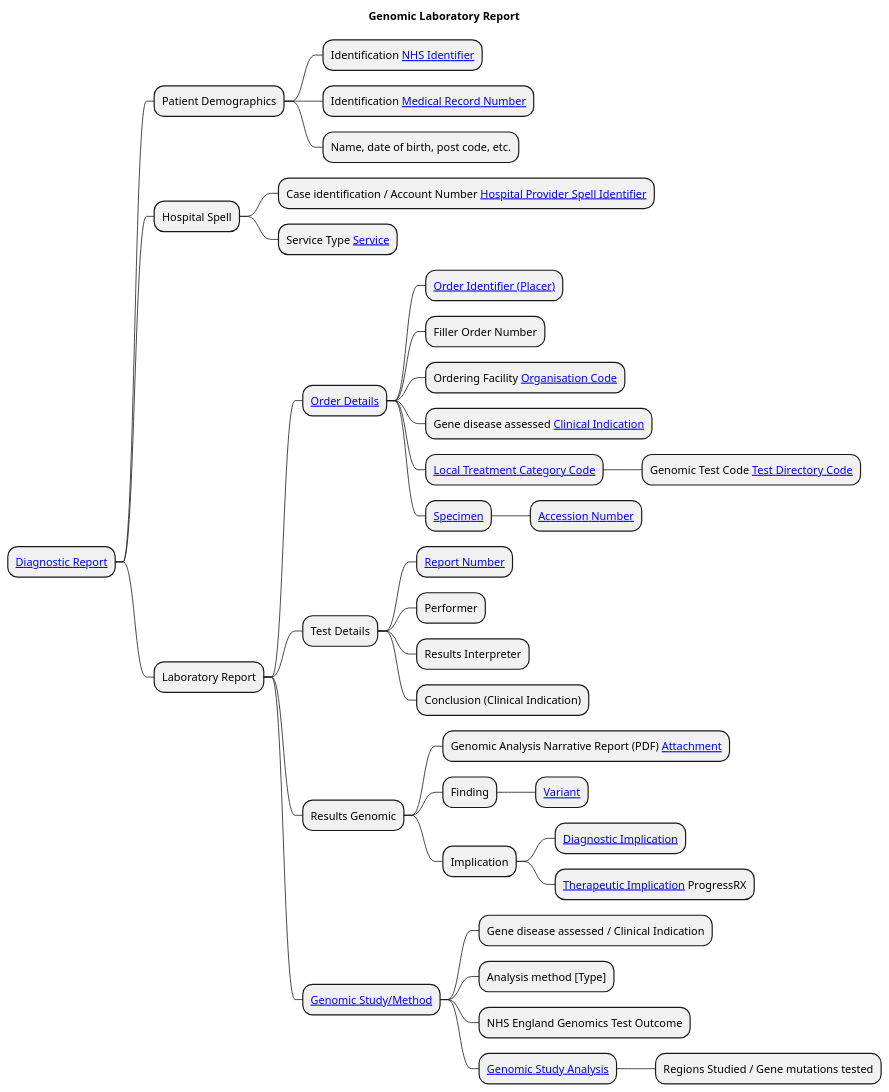
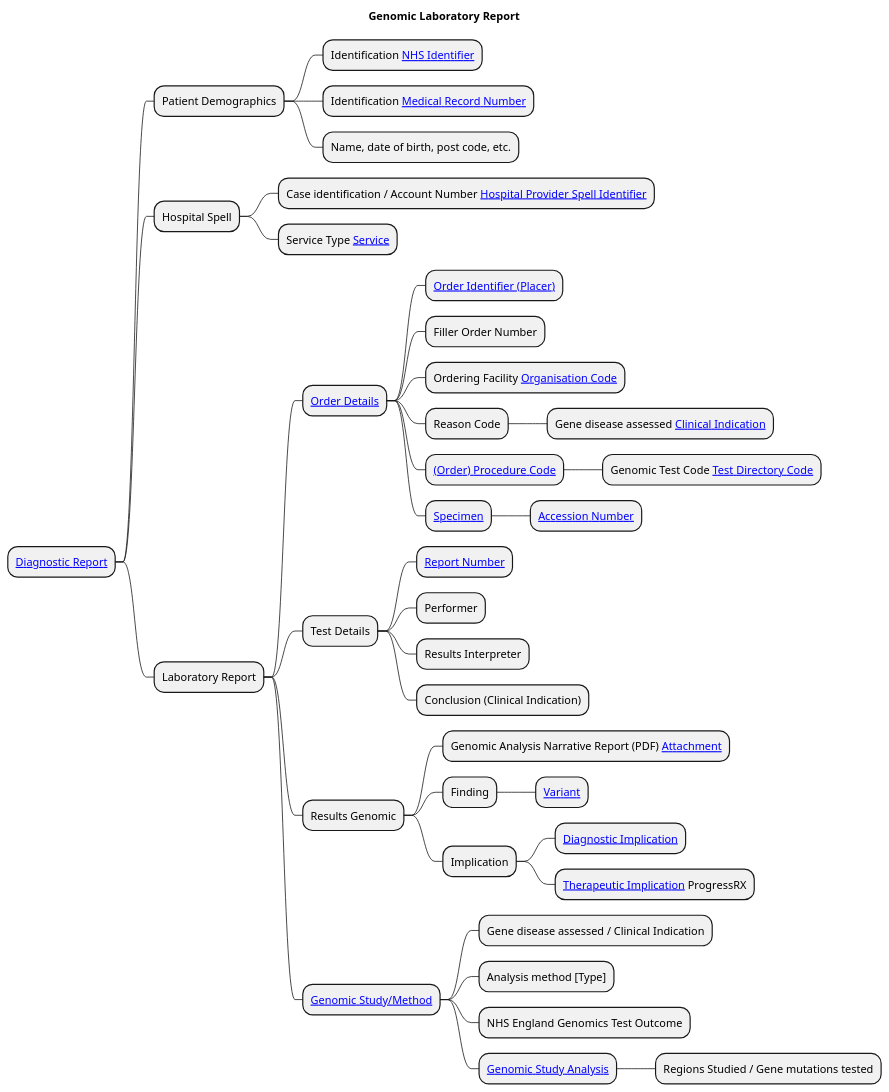
Before and after one commit to uk-gov-mirror/nw-gmsa.nw-gmsa.github.com: the diagram in input/images-source/LaboratoryReport-mindmap.plantuml, drawn with PlantUML. The commit also changed 4 other files, not shown here.

Commit message:
SPR comaptiable architecture?

```diff
--- a/input/images-source/LaboratoryReport-mindmap.plantuml
+++ b/input/images-source/LaboratoryReport-mindmap.plantuml
@@ -1,42 +1,43 @@
 @startmindmap
 
 title "Genomic Laboratory Report"
 
 * [[StructureDefinition-DiagnosticReport.html Diagnostic Report]]
 ** Patient Demographics
 *** Identification [[StructureDefinition-NHSIdentifier.html NHS Identifier]]
 *** Identification [[StructureDefinition-MedicalRecordNumber.html Medical Record Number]]
 *** Name, date of birth, post code, etc.
 ** Hospital Spell
 *** Case identification / Account Number [[StructureDefinition-HospitalProviderSpellIdentifier.html Hospital Provider Spell Identifier]]
 *** Service Type [[ValueSet-service.html Service]]
 ** Laboratory Report
 *** [[Questionnaire-GenomicTestOrder.html Order Details]]
 **** [[StructureDefinition-OrderIdentifier.html Order Identifier (Placer)]]
 **** Filler Order Number
 **** Ordering Facility [[StructureDefinition-OrganisationCode.html Organisation Code]]
-**** Gene disease assessed [[CodeSystem-GenomicClinicalIndication.html Clinical Indication]]
-**** [[https://www.datadictionary.nhs.uk/data_elements/local_treatment_category_code.html Local Treatment Category Code]]
+**** Reason Code
+***** Gene disease assessed [[CodeSystem-GenomicClinicalIndication.html Clinical Indication]]
+**** [[https://www.datadictionary.nhs.uk/data_elements/local_treatment_category_code.html (Order) Procedure Code]]
 ***** Genomic Test Code [[CodeSystem-GenomicTestCode.html Test Directory Code]]
 **** [[StructureDefinition-Specimen.html Specimen]]
 ***** [[StructureDefinition-AccessionNumber.html Accession Number]]
 *** Test Details
 **** [[StructureDefinition-ReportNumber.html Report Number]]
 **** Performer
 **** Results Interpreter
 **** Conclusion (Clinical Indication)
 *** Results Genomic
 **** Genomic Analysis Narrative Report (PDF) [[StructureDefinition-NWAttachment.html Attachment]]
 **** Finding
 ***** [[#variant Variant]]
 **** Implication
 ***** [[#diagnostic-implication Diagnostic Implication]]
 ***** [[#implications Therapeutic Implication]] ProgressRX
 *** [[#genomic-study Genomic Study/Method]]
 **** Gene disease assessed / Clinical Indication
 **** Analysis method [Type]
 **** NHS England Genomics Test Outcome
 **** [[#genomic-study-analysis Genomic Study Analysis]]
 ***** Regions Studied / Gene mutations tested
 
 @endmindmap
```
